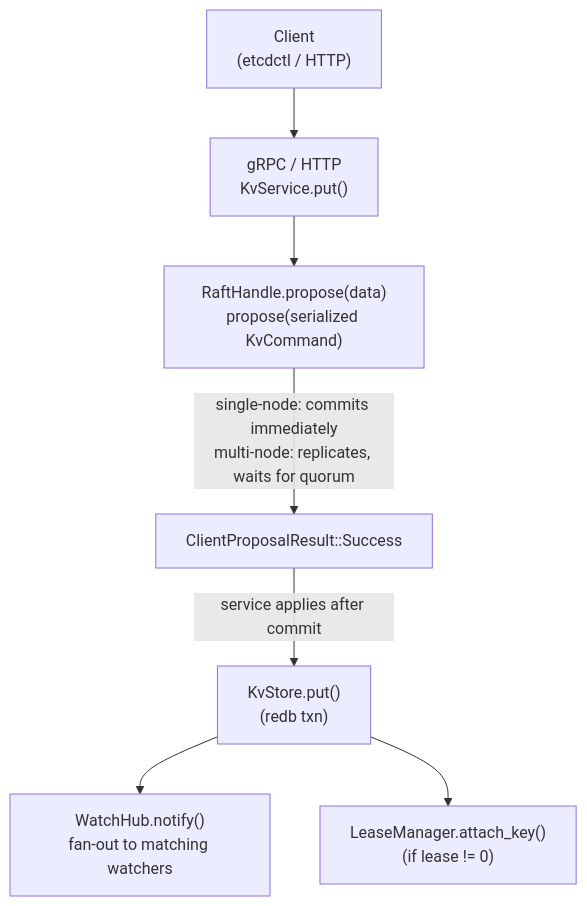
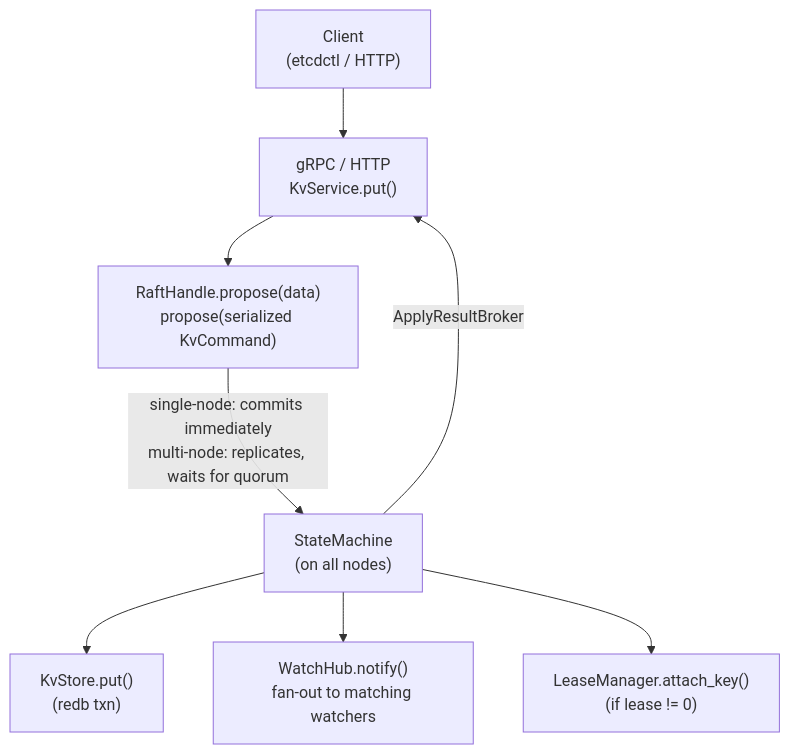
The third of 9 diagrams in docs/architecture.md (alexandernicholson/barkeeper), drawn with Mermaid before and after one commit. The commit also changed other lines of this file and 112 other files, not shown here.

````diff
--- a/docs/architecture.md
+++ b/docs/architecture.md
@@ -101,10 +103,11 @@
 ```mermaid
 graph TD
     Client["Client<br>(etcdctl / HTTP)"]
     Client --> Service["gRPC / HTTP<br>KvService.put()"]
     Service --> Raft["RaftHandle.propose(data)<br>propose(serialized KvCommand)"]
-    Raft -->|"single-node: commits immediately<br>multi-node: replicates, waits for quorum"| Result["ClientProposalResult::Success"]
-    Result -->|"service applies after commit"| KV["KvStore.put()<br>(redb txn)"]
-    KV --> Watch["WatchHub.notify()<br>fan-out to matching watchers"]
-    KV --> Lease["LeaseManager.attach_key()<br>(if lease != 0)"]
+    Raft -->|"single-node: commits immediately<br>multi-node: replicates, waits for quorum"| SM["StateMachine<br>(on all nodes)"]
+    SM --> KV["KvStore.put()<br>(redb txn)"]
+    SM --> Watch["WatchHub.notify()<br>fan-out to matching watchers"]
+    SM --> Lease["LeaseManager.attach_key()<br>(if lease != 0)"]
+    SM -->|"ApplyResultBroker"| Service
 ```
````
